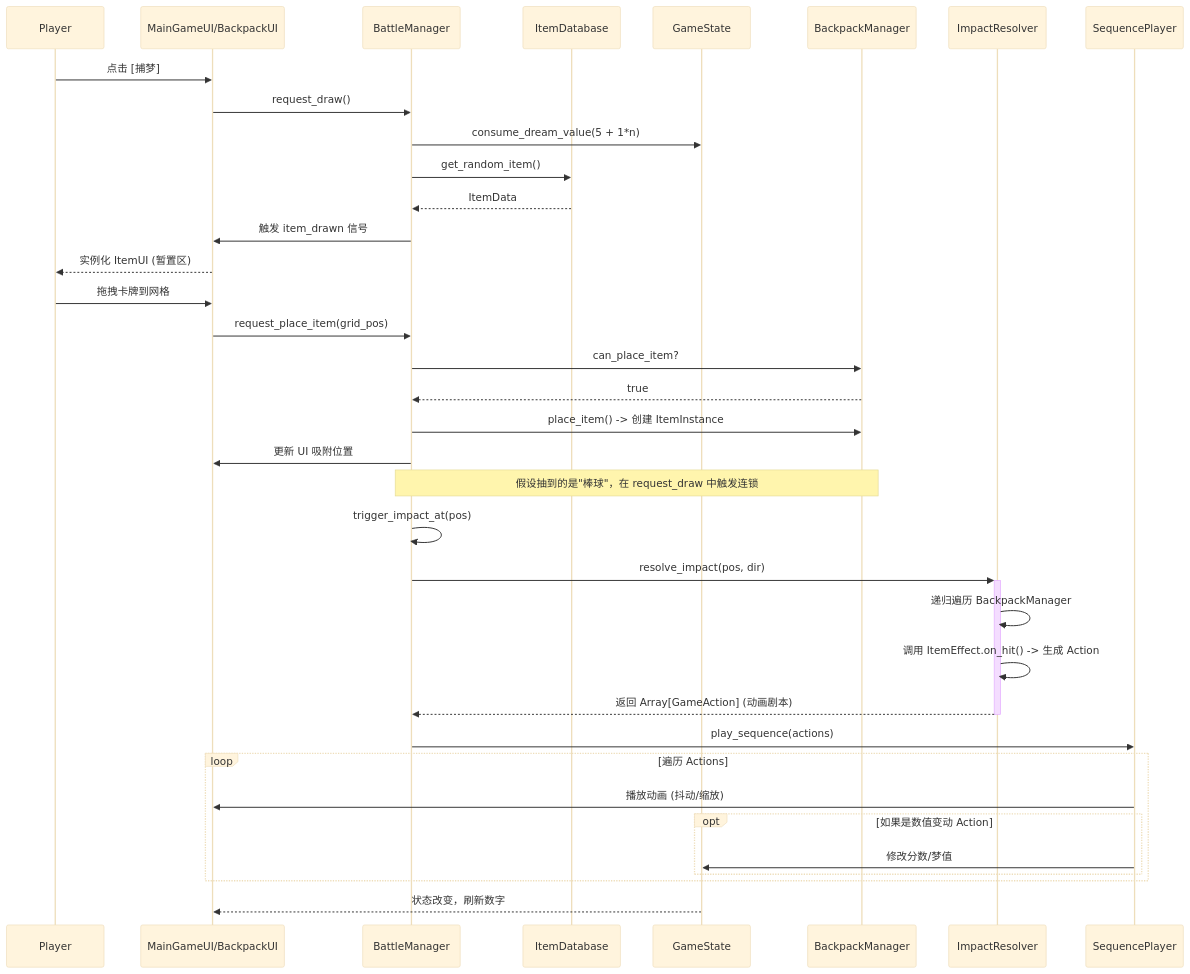
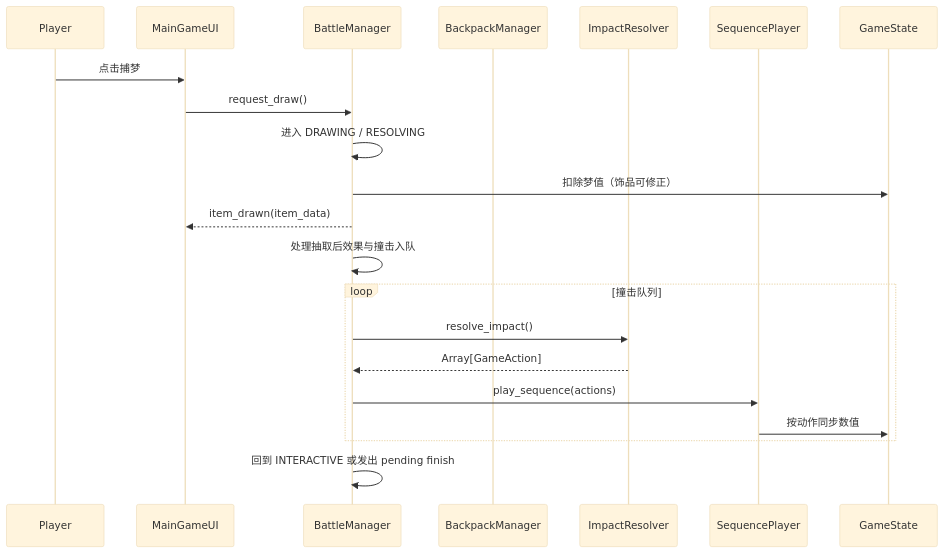
One commit to xsrkt26/Lost-Fragments changed the third of 5 diagrams in spec/Docs/03_Log/02_Architecture_Review_Diagrams.md. Above: the diagram before and after it, drawn with Mermaid (base theme). The commit also changed other lines of this file and 7 other files, not shown here.

````diff
--- a/spec/Docs/03_Log/02_Architecture_Review_Diagrams.md
+++ b/spec/Docs/03_Log/02_Architecture_Review_Diagrams.md
@@ -78,46 +72,24 @@
 ```mermaid
 sequenceDiagram
     participant Player
-    participant UI as MainGameUI/BackpackUI
+    participant UI as MainGameUI
     participant BM as BattleManager
-    participant DB as ItemDatabase
-    participant GS as GameState
     participant BPM as BackpackManager
     participant IR as ImpactResolver
     participant SP as SequencePlayer
+    participant GS as GameState
 
-    %% 抽卡循环
-    Player->>UI: 点击 [捕梦]
+    Player->>UI: 点击捕梦
     UI->>BM: request_draw()
-    BM->>GS: consume_dream_value(5 + 1*n)
-    BM->>DB: get_random_item()
-    DB-->>BM: ItemData
-    BM->>UI: 触发 item_drawn 信号
-    UI-->>Player: 实例化 ItemUI (暂置区)
-
-    %% 放置循环
-    Player->>UI: 拖拽卡牌到网格
-    UI->>BM: request_place_item(grid_pos)
-    BM->>BPM: can_place_item?
-    BPM-->>BM: true
-    BM->>BPM: place_item() -> 创建 ItemInstance
-    BM->>UI: 更新 UI 吸附位置
-    
-    %% 触发循环 (同名触发示例)
-    Note over BM,BPM: 假设抽到的是"棒球"，在 request_draw 中触发连锁
-    BM->>BM: trigger_impact_at(pos)
-    BM->>+IR: resolve_impact(pos, dir)
-    IR->>IR: 递归遍历 BackpackManager
-    IR->>IR: 调用 ItemEffect.on_hit() -> 生成 Action
-    IR-->>-BM: 返回 Array[GameAction] (动画剧本)
-    
-    %% 表现层播放与数值结算
-    BM->>SP: play_sequence(actions)
-    loop 遍历 Actions
-        SP->>UI: 播放动画 (抖动/缩放)
-        opt 如果是数值变动 Action
-            SP->>GS: 修改分数/梦值
-        end
+    BM->>BM: 进入 DRAWING / RESOLVING
+    BM->>GS: 扣除梦值（饰品可修正）
+    BM-->>UI: item_drawn(item_data)
+    BM->>BM: 处理抽取后效果与撞击入队
+    loop 撞击队列
+        BM->>IR: resolve_impact()
+        IR-->>BM: Array[GameAction]
+        BM->>SP: play_sequence(actions)
+        SP->>GS: 按动作同步数值
     end
-    GS-->>UI: 状态改变，刷新数字
+    BM->>BM: 回到 INTERACTIVE 或发出 pending finish
 ```
````
